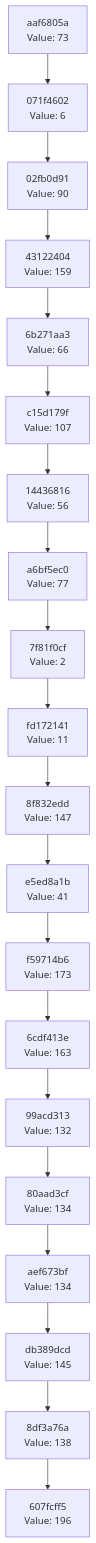
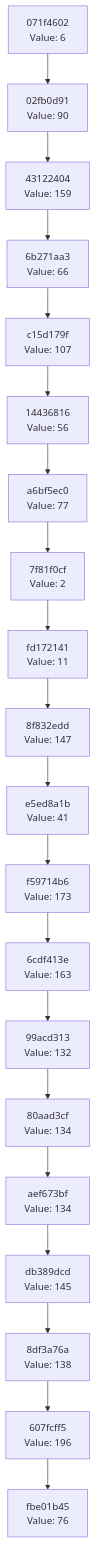
One commit to Abhisheksinha1506/hash-chain-evolver changed the diagram in docs/CHAIN_VISUALIZATION.md. Above: the diagram before and after it, drawn with Mermaid. The commit also changed 3 other files, not shown here.

````diff
--- a/docs/CHAIN_VISUALIZATION.md
+++ b/docs/CHAIN_VISUALIZATION.md
@@ -3,42 +3,42 @@
 ```mermaid
 graph TD
-    C0["607fcff5<br/>Value: 196"]
-    C1["8df3a76a<br/>Value: 138"]
+    C0["fbe01b45<br/>Value: 76"]
+    C1["607fcff5<br/>Value: 196"]
     C1 --> C0
-    C2["db389dcd<br/>Value: 145"]
+    C2["8df3a76a<br/>Value: 138"]
     C2 --> C1
-    C3["aef673bf<br/>Value: 134"]
+    C3["db389dcd<br/>Value: 145"]
     C3 --> C2
-    C4["80aad3cf<br/>Value: 134"]
+    C4["aef673bf<br/>Value: 134"]
     C4 --> C3
-    C5["99acd313<br/>Value: 132"]
+    C5["80aad3cf<br/>Value: 134"]
     C5 --> C4
-    C6["6cdf413e<br/>Value: 163"]
+    C6["99acd313<br/>Value: 132"]
     C6 --> C5
-    C7["f59714b6<br/>Value: 173"]
+    C7["6cdf413e<br/>Value: 163"]
     C7 --> C6
-    C8["e5ed8a1b<br/>Value: 41"]
+    C8["f59714b6<br/>Value: 173"]
     C8 --> C7
-    C9["8f832edd<br/>Value: 147"]
+    C9["e5ed8a1b<br/>Value: 41"]
     C9 --> C8
-    C10["fd172141<br/>Value: 11"]
+    C10["8f832edd<br/>Value: 147"]
     C10 --> C9
-    C11["7f81f0cf<br/>Value: 2"]
+    C11["fd172141<br/>Value: 11"]
     C11 --> C10
-    C12["a6bf5ec0<br/>Value: 77"]
+    C12["7f81f0cf<br/>Value: 2"]
     C12 --> C11
-    C13["14436816<br/>Value: 56"]
+    C13["a6bf5ec0<br/>Value: 77"]
     C13 --> C12
-    C14["c15d179f<br/>Value: 107"]
+    C14["14436816<br/>Value: 56"]
     C14 --> C13
-    C15["6b271aa3<br/>Value: 66"]
+    C15["c15d179f<br/>Value: 107"]
     C15 --> C14
-    C16["43122404<br/>Value: 159"]
+    C16["6b271aa3<br/>Value: 66"]
     C16 --> C15
-    C17["02fb0d91<br/>Value: 90"]
+    C17["43122404<br/>Value: 159"]
     C17 --> C16
-    C18["071f4602<br/>Value: 6"]
+    C18["02fb0d91<br/>Value: 90"]
     C18 --> C17
-    C19["aaf6805a<br/>Value: 73"]
+    C19["071f4602<br/>Value: 6"]
     C19 --> C18
 ```
````
